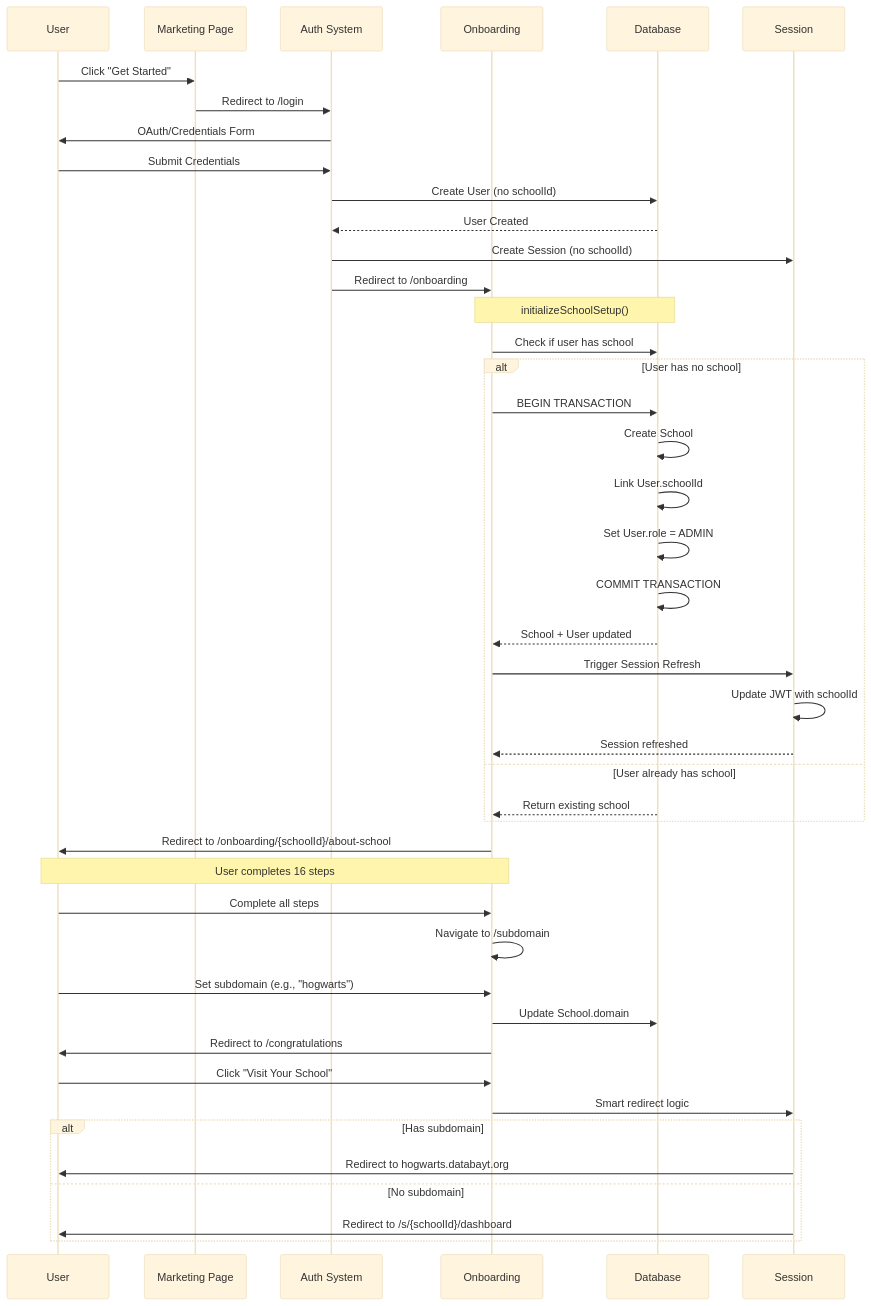
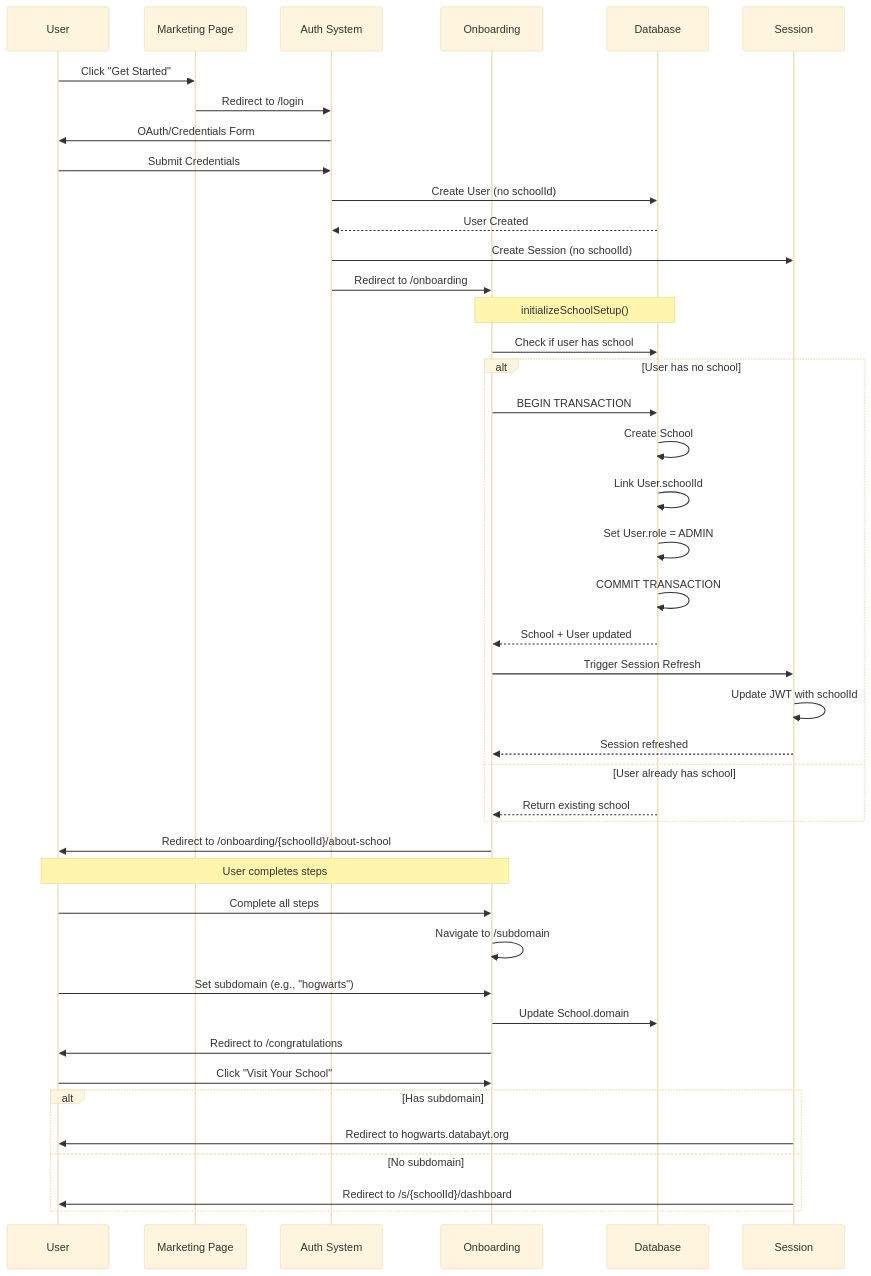
Before and after one commit to databayt/hogwarts: the diagram in content/docs-en/onboarding.mdx, drawn with Mermaid (base theme). The commit also changed other lines of this file and 193 other files, not shown here.

````diff
--- a/content/docs-en/onboarding.mdx
+++ b/content/docs-en/onboarding.mdx
@@ -131,54 +245,53 @@
 ```mermaid
 sequenceDiagram
     participant U as User
     participant M as Marketing Page
     participant A as Auth System
     participant O as Onboarding
     participant DB as Database
     participant S as Session
 
     U->>M: Click "Get Started"
     M->>A: Redirect to /login
     A->>U: OAuth/Credentials Form
     U->>A: Submit Credentials
     A->>DB: Create User (no schoolId)
     DB-->>A: User Created
     A->>S: Create Session (no schoolId)
     A->>O: Redirect to /onboarding
 
     Note over O,DB: initializeSchoolSetup()
     O->>DB: Check if user has school
 
     alt User has no school
         O->>DB: BEGIN TRANSACTION
         DB->>DB: Create School
         DB->>DB: Link User.schoolId
         DB->>DB: Set User.role = ADMIN
         DB->>DB: COMMIT TRANSACTION
         DB-->>O: School + User updated
         O->>S: Trigger Session Refresh
         S->>S: Update JWT with schoolId
         S-->>O: Session refreshed
     else User already has school
         DB-->>O: Return existing school
     end
 
     O->>U: Redirect to /onboarding/{schoolId}/about-school
 
-    Note over U,O: User completes 16 steps
+    Note over U,O: User completes steps
 
     U->>O: Complete all steps
     O->>O: Navigate to /subdomain
     U->>O: Set subdomain (e.g., "hogwarts")
     O->>DB: Update School.domain
 
     O->>U: Redirect to /congratulations
     U->>O: Click "Visit Your School"
-    O->>S: Smart redirect logic
 
     alt Has subdomain
         S->>U: Redirect to hogwarts.databayt.org
     else No subdomain
         S->>U: Redirect to /s/{schoolId}/dashboard
     end
 ```
````
